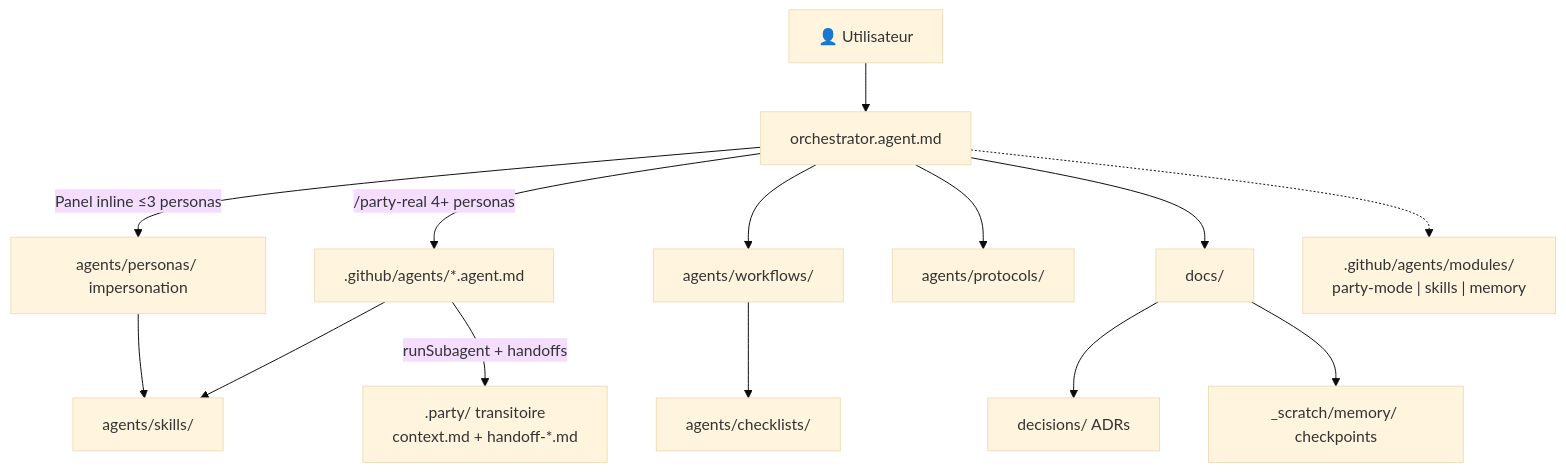
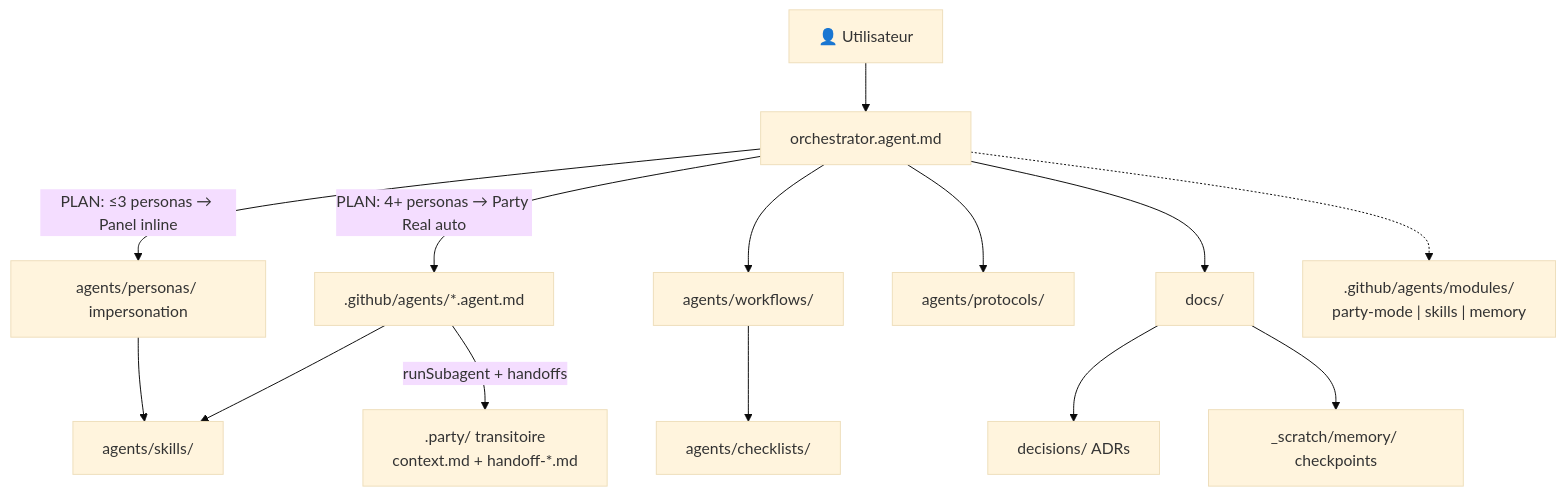
Before and after one commit to zavrocKk/zav-sandbox: the diagram in README.md, drawn with Mermaid (base theme). The commit also changed other lines of this file and 2 other files, not shown here.

First line of the commit message:
refactor: make party-real automatic, no user command required

````diff
--- a/README.md
+++ b/README.md
@@ -183,16 +183,16 @@
 ```mermaid
 flowchart TD
     U[👤 Utilisateur] --> O[orchestrator.agent.md]
-    O -->|Panel inline ≤3 personas| P[agents/personas/ impersonation]
-    O -->|/party-real 4+ personas| SA[.github/agents/*.agent.md]
+    O -->|PLAN: ≤3 personas → Panel inline| P[agents/personas/ impersonation]
+    O -->|PLAN: 4+ personas → Party Real auto| SA[.github/agents/*.agent.md]
     SA -->|runSubagent + handoffs| PARTY[".party/ transitoire\ncontext.md + handoff-*.md"]
     O --> W[agents/workflows/]
     O --> PR[agents/protocols/]
     P --> S[agents/skills/]
     SA --> S
     O --> D[docs/]
     D --> DEC[decisions/ ADRs]
     D --> SCR[_scratch/memory/ checkpoints]
     W --> CHKL[agents/checklists/]
     O -.-> MOD[".github/agents/modules/\nparty-mode | skills | memory"]
 ```
````
